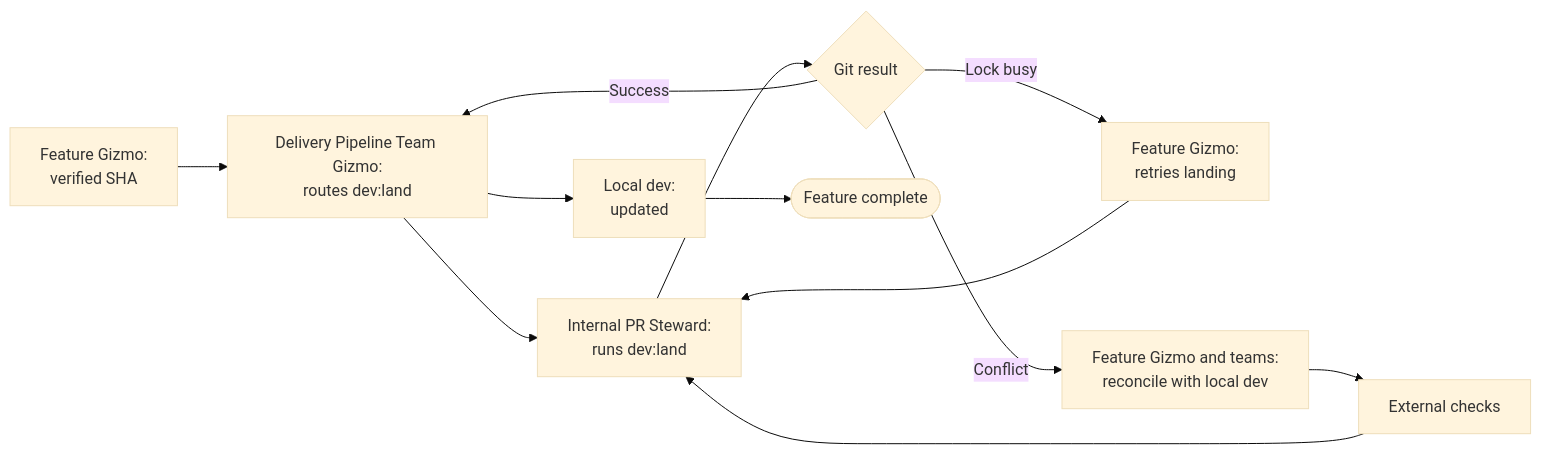
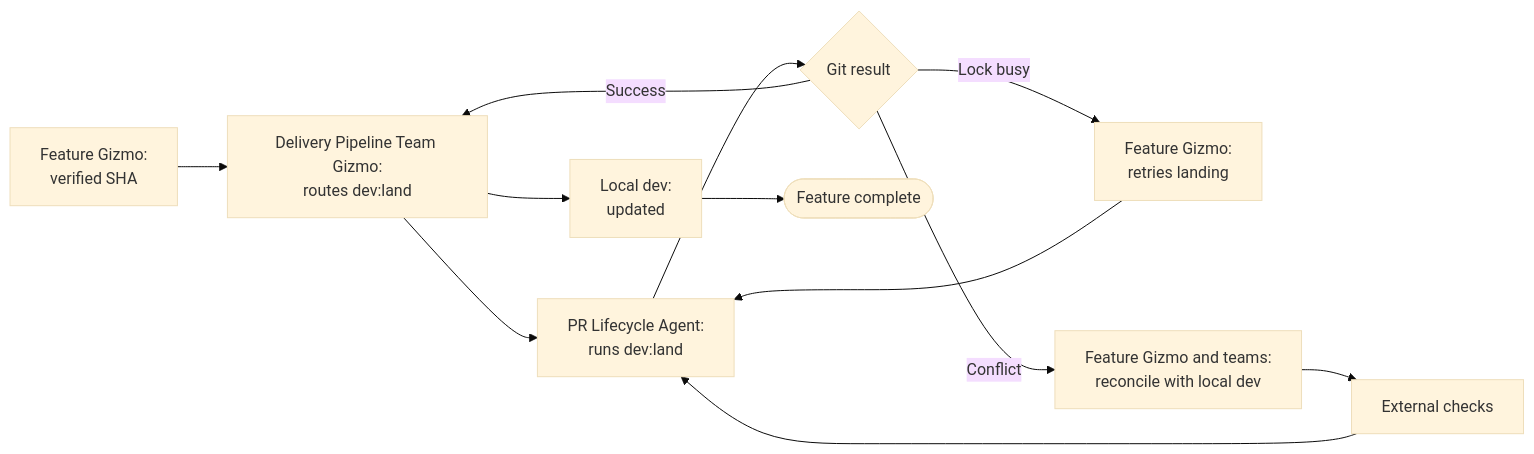
One commit to meta-secret/nook changed the ninth of 12 diagrams in .cortex/gizmo-prime/architecture/multiagent-delivery-diagrams.md. Above: the diagram before and after it, drawn with Mermaid (base theme). The commit also changed other lines of this file and 45 other files, not shown here.

````diff
--- a/.cortex/gizmo-prime/architecture/multiagent-delivery-diagrams.md
+++ b/.cortex/gizmo-prime/architecture/multiagent-delivery-diagrams.md
@@ -324,17 +348,17 @@
 ```mermaid
 flowchart LR
     Gizmo["Feature Gizmo:<br/>verified SHA"]
     Pipeline["Delivery Pipeline Team Gizmo:<br/>routes dev:land"]
-    Landing["Internal PR Steward:<br/>runs dev:land"]
+    Landing["PR Lifecycle Agent:<br/>runs dev:land"]
     Result{"Git result"}
     Retry["Feature Gizmo:<br/>retries landing"]
     Resolve["Feature Gizmo and teams:<br/>reconcile with local dev"]
     Checks["External checks"]
     Dev["Local dev:<br/>updated"]
     Complete([Feature complete])
 
     Gizmo --> Pipeline --> Landing --> Result
     Result -- Lock busy --> Retry --> Landing
     Result -- Conflict --> Resolve --> Checks --> Landing
     Result -- Success --> Pipeline --> Dev --> Complete
 ```
````
